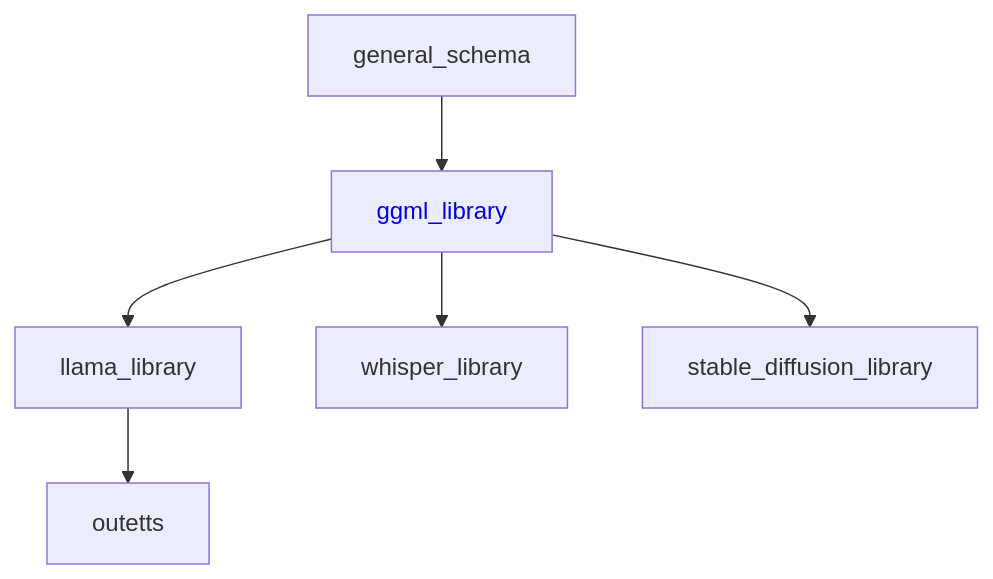
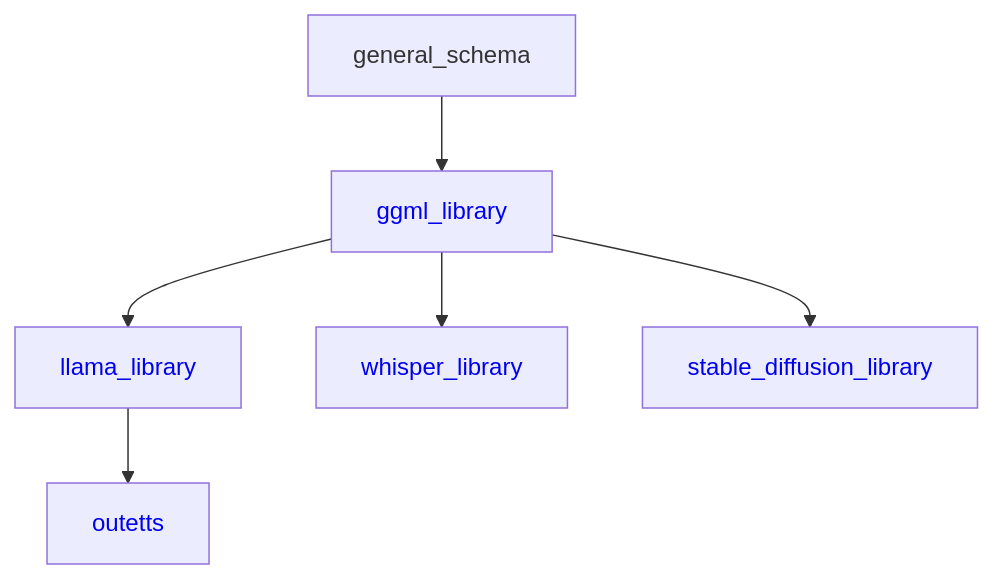
Before and after one commit to General-Developer/.github: the diagram in profile/README.md, drawn with Mermaid.

````diff
--- a/profile/README.md
+++ b/profile/README.md
@@ -4,11 +4,20 @@
 ```mermaid
 graph TD;
 general_schema --> ggml_library
 ggml_library --> llama_library
 ggml_library --> whisper_library
 ggml_library --> stable_diffusion_library
 llama_library --> outetts
 
 ggml_library[<a href="https://github.com/General-Developer/ggml_library" style="text-decoration:none;">ggml_library</a>];
 
+llama_library[<a href="https://github.com/General-Developer/llama_library" style="text-decoration:none;">llama_library</a>];
+
+outetts[<a href="https://github.com/General-Developer/outetts" style="text-decoration:none;">outetts</a>];
+
+whisper_library[<a href="https://github.com/General-Developer/whisper_library" style="text-decoration:none;">whisper_library</a>];
+
+stable_diffusion_library[<a href="https://github.com/General-Developer/stable_diffusion_library" style="text-decoration:none;">stable_diffusion_library</a>];
+
+
 ```
````
